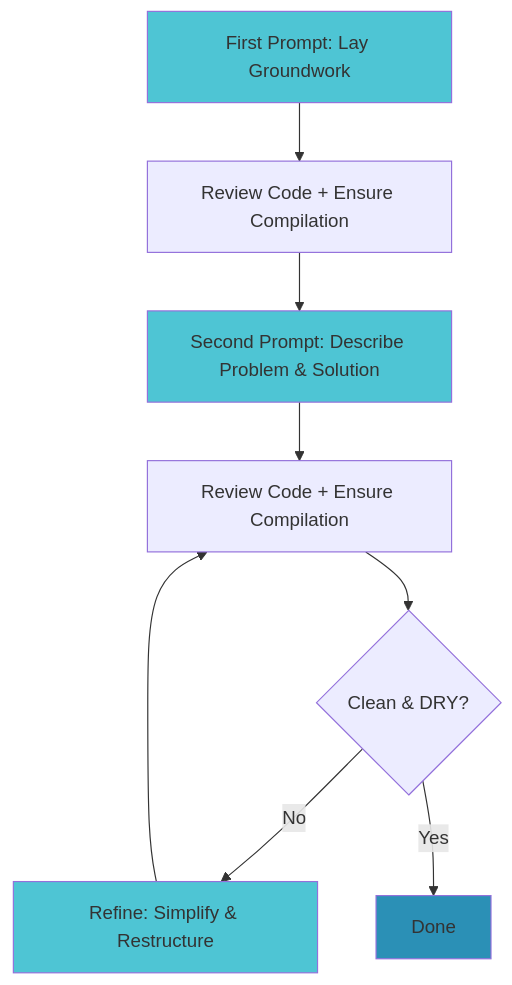
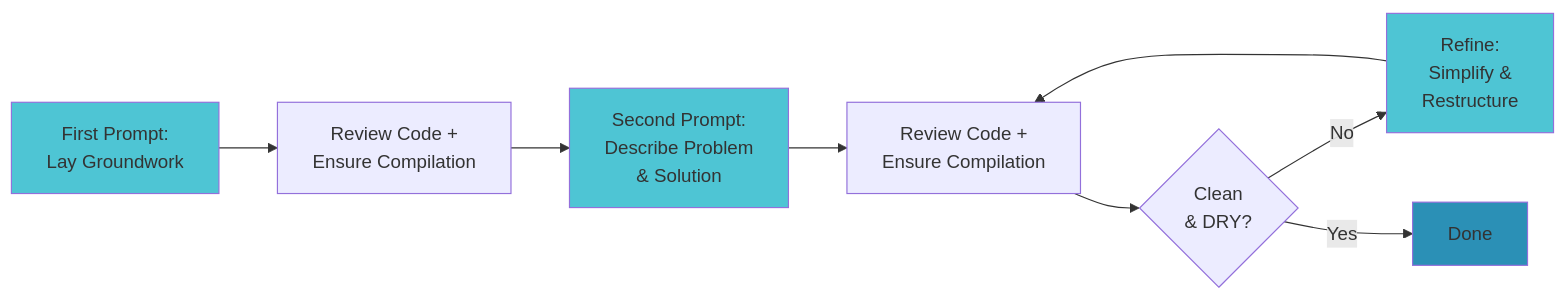
Before and after one commit to elliottregan/working-with-ai-slides: the diagram in slides.md, drawn with Mermaid. The commit also changed other lines of this file, not shown here.

Commit message:
Change mermaid diagram to horizontal layout

````diff
--- a/slides.md
+++ b/slides.md
@@ -98,15 +98,15 @@
 ```mermaid
-graph TD
-    A[First Prompt: Lay Groundwork] --> B[Review Code + Ensure Compilation]
-    B --> C[Second Prompt: Describe Problem & Solution]
-    C --> D[Review Code + Ensure Compilation]
-    D --> E{Clean & DRY?}
-    E -->|No| F[Refine: Simplify & Restructure]
+graph LR
+    A[First Prompt:<br/>Lay Groundwork] --> B[Review Code +<br/>Ensure Compilation]
+    B --> C[Second Prompt:<br/>Describe Problem<br/>& Solution]
+    C --> D[Review Code +<br/>Ensure Compilation]
+    D --> E{Clean<br/>& DRY?}
+    E -->|No| F[Refine:<br/>Simplify &<br/>Restructure]
     F --> D
     E -->|Yes| G[Done]
 
     style A fill:#4EC5D4
     style C fill:#4EC5D4
     style F fill:#4EC5D4
     style G fill:#2B90B6
 ```
````
